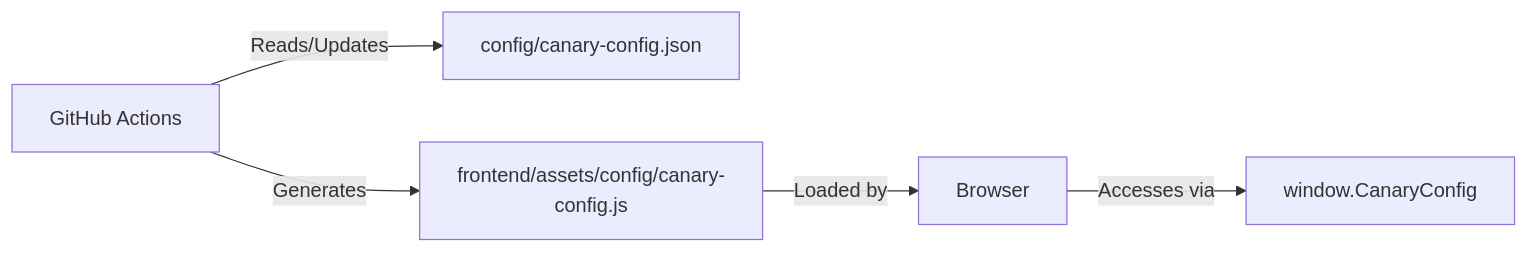
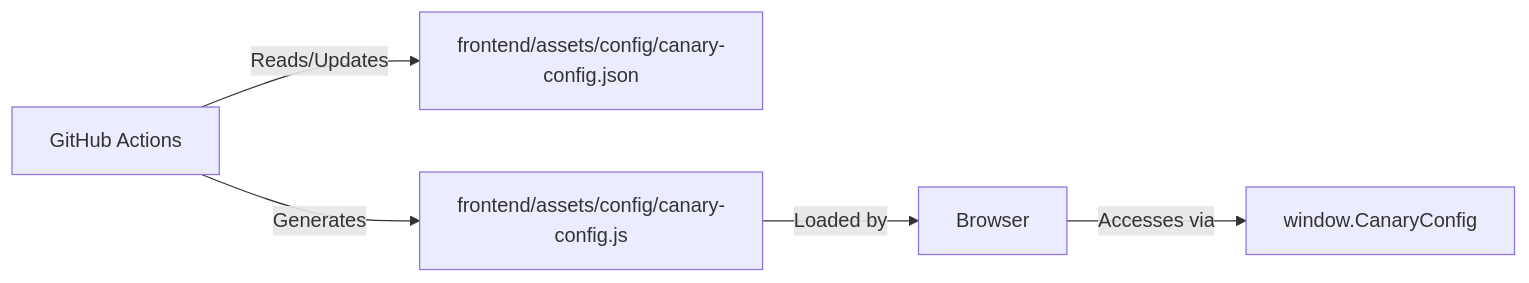
One commit to lloydchang/client-side-canary-deployment changed the second of 2 diagrams in docs/WORKFLOWS.md. Above: the diagram before and after it, drawn with Mermaid. The commit also changed other lines of this file and 3 other files, not shown here.

````diff
--- a/docs/WORKFLOWS.md
+++ b/docs/WORKFLOWS.md
@@ -179,7 +179,7 @@
 ```mermaid
 graph LR
-    A[GitHub Actions] -->|Reads/Updates| B[config/canary-config.json]
+    A[GitHub Actions] -->|Reads/Updates| B[frontend/assets/config/canary-config.json]
     A -->|Generates| C[frontend/assets/config/canary-config.js]
     C -->|Loaded by| D[Browser]
     D -->|Accesses via| E[window.CanaryConfig]
 ```
````
